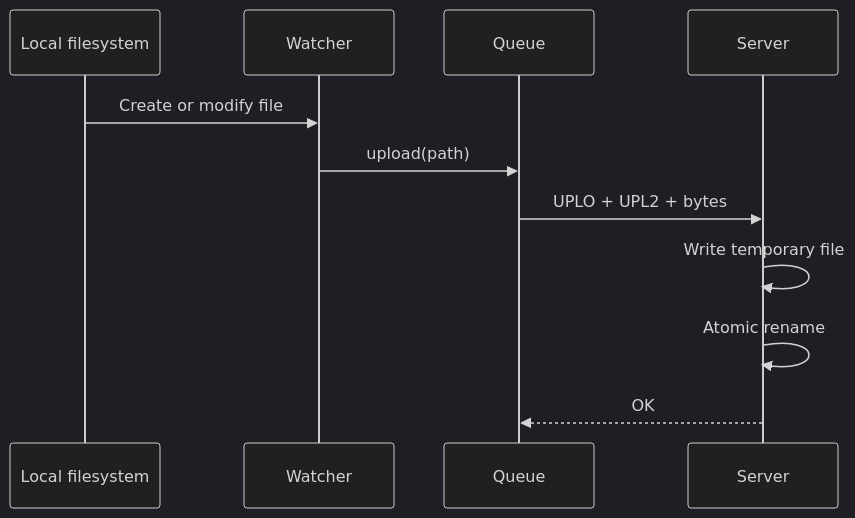
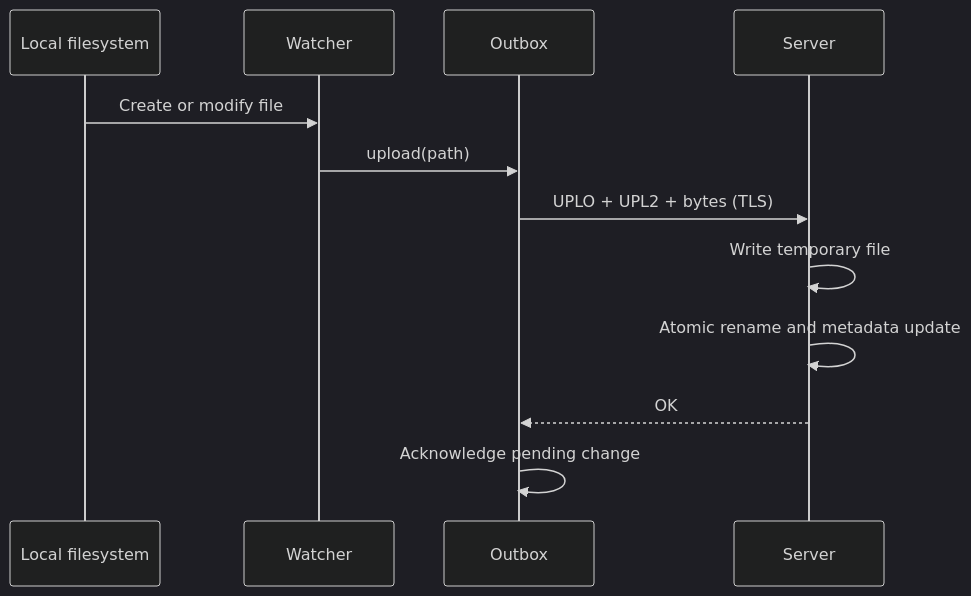
Before and after one commit to KingJorjai/Distributed-Systems_Cloud-File-Service: the second of 2 diagrams in docs/architecture.md, drawn with Mermaid (dark theme). The commit also changed other lines of this file and 23 other files, not shown here.

````diff
--- a/docs/architecture.md
+++ b/docs/architecture.md
@@ -34,13 +57,14 @@
 ```mermaid
 sequenceDiagram
     participant FS as Local filesystem
     participant W as Watcher
-    participant Q as Queue
+    participant O as Outbox
     participant S as Server
     FS->>W: Create or modify file
-    W->>Q: upload(path)
-    Q->>S: UPLO + UPL2 + bytes
+    W->>O: upload(path)
+    O->>S: UPLO + UPL2 + bytes (TLS)
     S->>S: Write temporary file
-    S->>S: Atomic rename
-    S-->>Q: OK
+    S->>S: Atomic rename and metadata update
+    S-->>O: OK
+    O->>O: Acknowledge pending change
 ```
````
